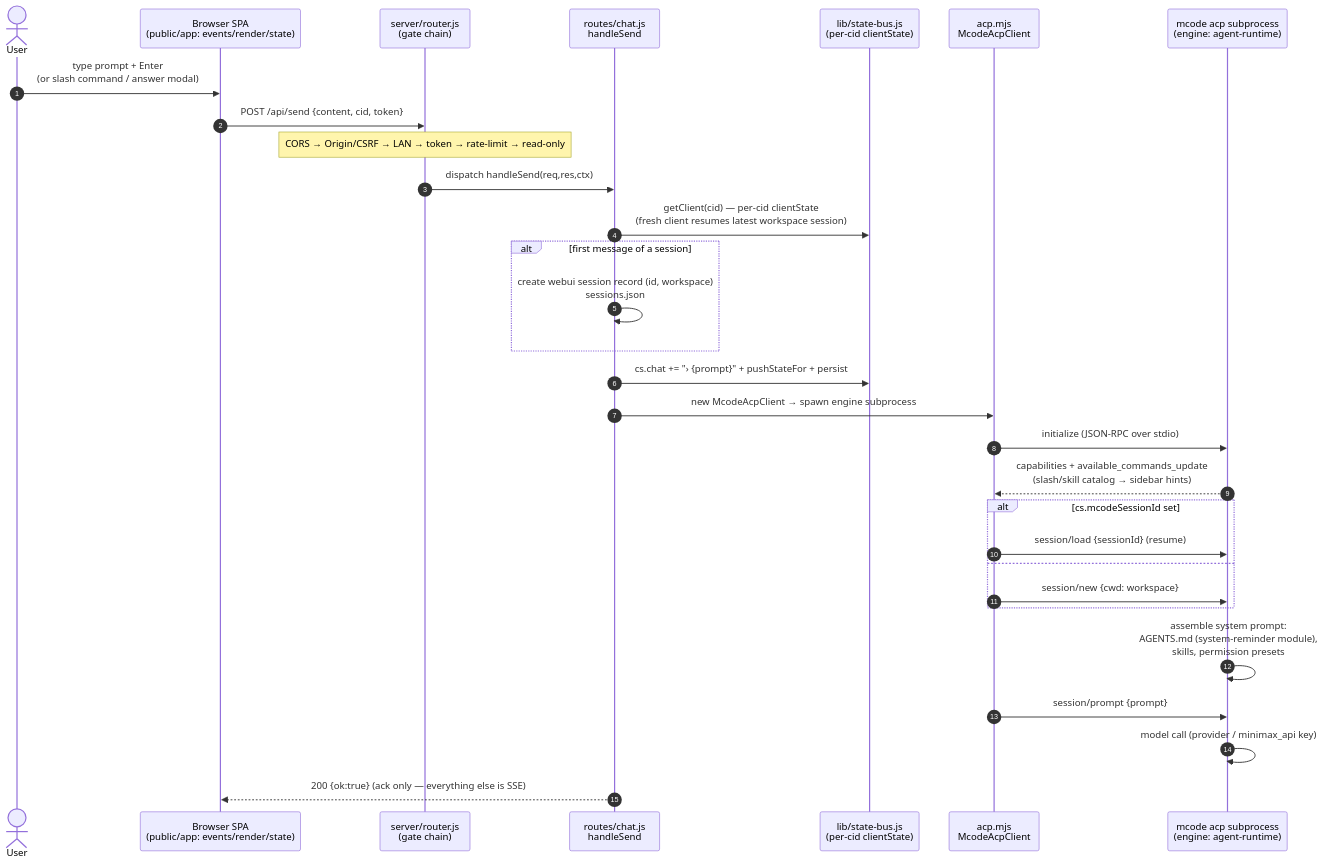
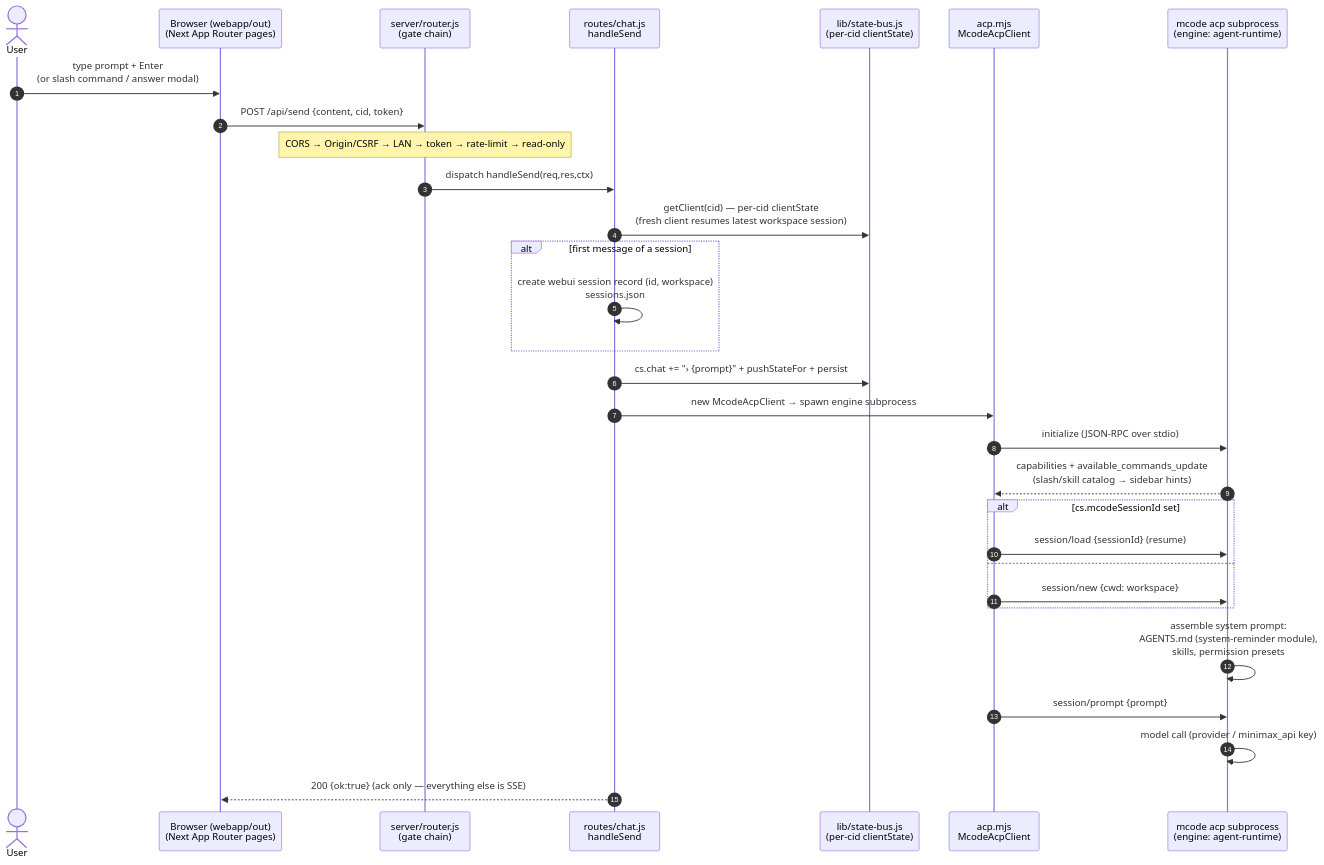
Before and after one commit to mcode-webui/minimax-code-web: the first of 4 diagrams in packages/webui/docs/ARCHITECTURE.md, drawn with Mermaid. The commit also changed other lines of this file and 19 other files, not shown here.

````diff
--- a/packages/webui/docs/ARCHITECTURE.md
+++ b/packages/webui/docs/ARCHITECTURE.md
@@ -134,33 +138,33 @@
 ```mermaid
 sequenceDiagram
     autonumber
     actor U as User
-    participant B as Browser SPA<br/>(public/app: events/render/state)
+    participant B as Browser (webapp/out)<br/>(Next App Router pages)
     participant R as server/router.js<br/>(gate chain)
     participant C as routes/chat.js<br/>handleSend
     participant S as lib/state-bus.js<br/>(per-cid clientState)
     participant A as acp.mjs<br/>McodeAcpClient
     participant E as mcode acp subprocess<br/>(engine: agent-runtime)
 
     U->>B: type prompt + Enter<br/>(or slash command / answer modal)
     B->>R: POST /api/send {content, cid, token}
     Note over R: CORS → Origin/CSRF → LAN → token → rate-limit → read-only
     R->>C: dispatch handleSend(req,res,ctx)
     C->>S: getClient(cid) — per-cid clientState<br/>(fresh client resumes latest workspace session)
     alt first message of a session
         C->>C: create webui session record (id, workspace)<br/>sessions.json
     end
     C->>S: cs.chat += "› {prompt}" + pushStateFor + persist
     C->>A: new McodeAcpClient → spawn engine subprocess
     A->>E: initialize (JSON-RPC over stdio)
     E-->>A: capabilities + available_commands_update<br/>(slash/skill catalog → sidebar hints)
     alt cs.mcodeSessionId set
         A->>E: session/load {sessionId} (resume)
     else
         A->>E: session/new {cwd: workspace}
     end
     E->>E: assemble system prompt:<br/>AGENTS.md (system-reminder module),<br/>skills, permission presets
     A->>E: session/prompt {prompt}
     E->>E: model call (provider / minimax_api key)
     C-->>B: 200 {ok:true}  (ack only — everything else is SSE)
 ```
````
